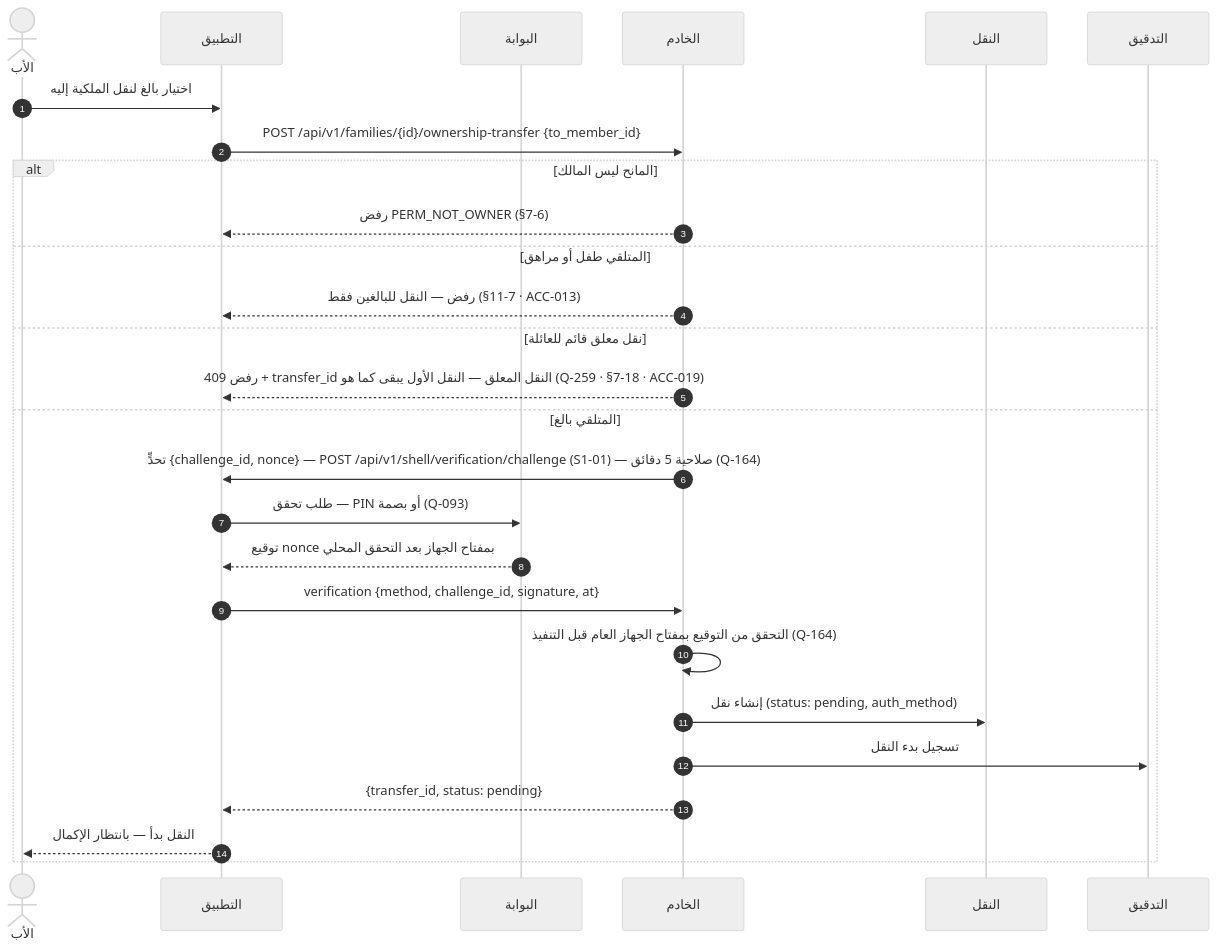
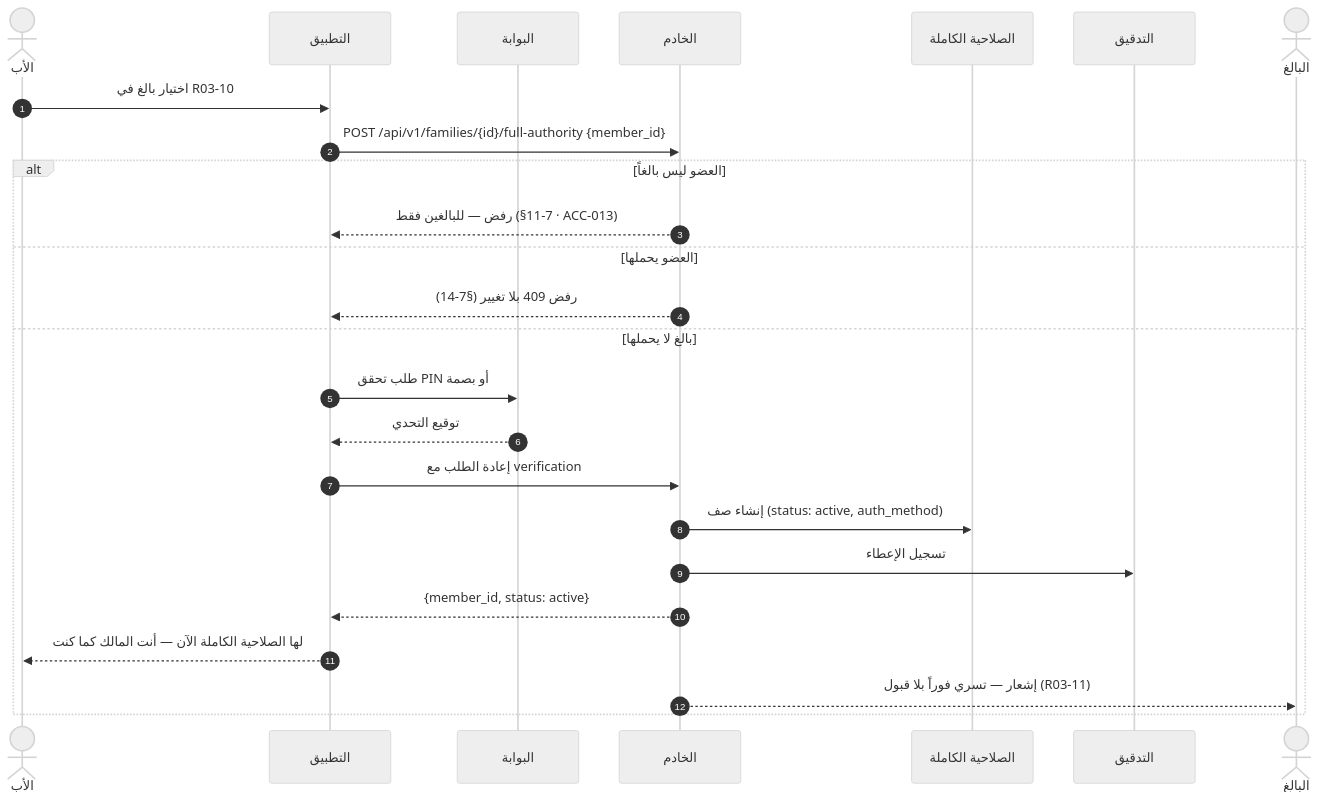
The seventh of 14 diagrams in docs/family-os/governance/phases/phase-1/S1-03-family-roles-and-permissions/DIAGRAMS.md (Bassam-mohammed-alqaeadi/family-os-v2), drawn with Mermaid (neutral theme) before and after one commit. The commit also changed other lines of this file and 10 other files, not shown here.

Commit message:
S1-03 governance: design closure (Q-401, Q-402) — full authority replaces ownership transfer; Q-139/Q-162/Q-259 superseded; related fixes in S1-02, deletion protocol, glossary

````diff
--- a/docs/family-os/governance/phases/phase-1/S1-03-family-roles-and-permissions/DIAGRAMS.md
+++ b/docs/family-os/governance/phases/phase-1/S1-03-family-roles-and-permissions/DIAGRAMS.md
@@ -346,29 +347,28 @@
 ```mermaid
 sequenceDiagram
     autonumber
     actor Father as الأب
     participant App as التطبيق
     participant S101 as البوابة
     participant Ktor as الخادم
-    participant Transfer as النقل
+    participant FA as الصلاحية الكاملة
     participant Audit as التدقيق
-    Father->>App: اختيار بالغ لنقل الملكية إليه
-    App->>Ktor: POST /api/v1/families/{id}/ownership-transfer {to_member_id}
-    alt المانح ليس المالك
-        Ktor-->>App: رفض PERM_NOT_OWNER (§7-6)
-    else المتلقي طفل أو مراهق
-        Ktor-->>App: رفض — النقل للبالغين فقط (§7-11 · ACC-013)
-    else نقل معلق قائم للعائلة
-        Ktor-->>App: رفض 409 + transfer_id النقل المعلق — النقل الأول يبقى كما هو (Q-259 · §7-18 · ACC-019)
-    else المتلقي بالغ
-        Ktor->>App: تحدٍّ {challenge_id, nonce} — POST /api/v1/shell/verification/challenge (S1-01) — صلاحية 5 دقائق (Q-164)
-        App->>S101: طلب تحقق — PIN أو بصمة (Q-093)
-        S101-->>App: توقيع nonce بمفتاح الجهاز بعد التحقق المحلي
-        App->>Ktor: verification {method, challenge_id, signature, at}
-        Ktor->>Ktor: التحقق من التوقيع بمفتاح الجهاز العام قبل التنفيذ (Q-164)
-        Ktor->>Transfer: إنشاء نقل (status: pending, auth_method)
-        Ktor->>Audit: تسجيل بدء النقل
-        Ktor-->>App: {transfer_id, status: pending}
-        App-->>Father: النقل بدأ — بانتظار الإكمال
+    actor Adult as البالغ
+
+    Father->>App: اختيار بالغ في R03-10
+    App->>Ktor: POST /api/v1/families/{id}/full-authority {member_id}
+    alt العضو ليس بالغاً
+        Ktor-->>App: رفض — للبالغين فقط (§7-11 · ACC-013)
+    else العضو يحملها
+        Ktor-->>App: رفض 409 بلا تغيير (§7-14)
+    else بالغ لا يحملها
+        App->>S101: طلب تحقق PIN أو بصمة
+        S101-->>App: توقيع التحدي
+        App->>Ktor: إعادة الطلب مع verification
+        Ktor->>FA: إنشاء صف (status: active, auth_method)
+        Ktor->>Audit: تسجيل الإعطاء
+        Ktor-->>App: {member_id, status: active}
+        App-->>Father: لها الصلاحية الكاملة الآن — أنت المالك كما كنت
+        Ktor-->>Adult: إشعار — تسري فوراً بلا قبول (R03-11)
     end
 ```
````
